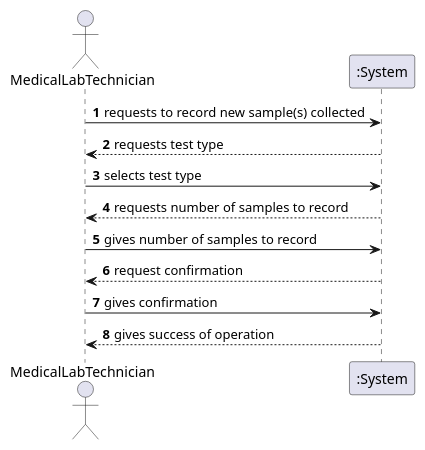
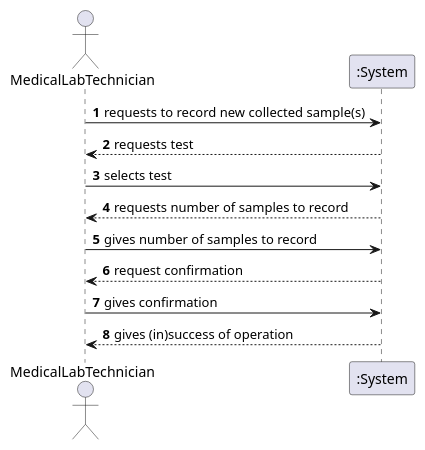
One commit to MadDinosaur/ISEP-LAPR2 changed the diagram in docs/SprintC/US5/US5_SSD.puml. Above: the diagram before and after it, drawn with PlantUML. The commit also changed 5 other files, not shown here.

```diff
--- a/docs/SprintC/US5/US5_SSD.puml
+++ b/docs/SprintC/US5/US5_SSD.puml
@@ -1,16 +1,16 @@
 @startuml
 
 autonumber
 
 actor MedicalLabTechnician as mlt
 participant ":System" as sys
-mlt -> sys: requests to record new sample(s) collected
-sys --> mlt: requests test type
-mlt -> sys: selects test type
+mlt -> sys: requests to record new collected sample(s)
+sys --> mlt: requests test
+mlt -> sys: selects test
 sys --> mlt: requests number of samples to record
 mlt -> sys: gives number of samples to record
 sys --> mlt: request confirmation
 mlt -> sys: gives confirmation
-sys --> mlt: gives success of operation
+sys --> mlt: gives (in)success of operation
 
 @enduml
```
